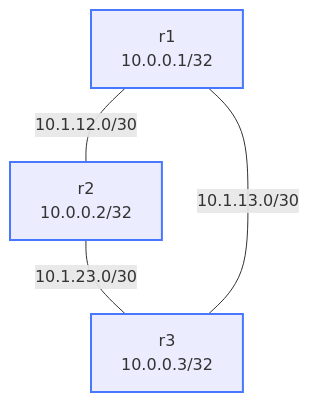
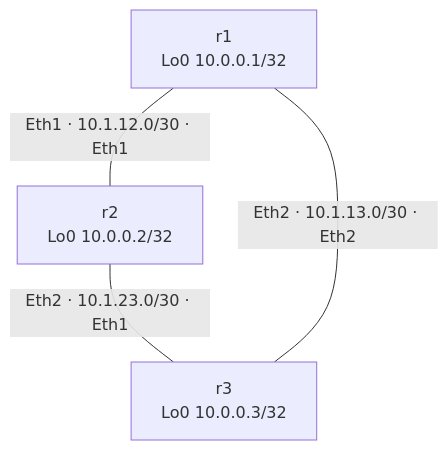
The diagram in labs/bfd-ospf/README.md (jschless/networkingLabs), drawn with Mermaid before and after one commit. The commit also changed other lines of this file and 281 other files, not shown here.

````diff
--- a/labs/bfd-ospf/README.md
+++ b/labs/bfd-ospf/README.md
@@ -20,13 +17,10 @@
 ```mermaid
 flowchart TB
-    r1["r1<br/>10.0.0.1/32"]
-    r2["r2<br/>10.0.0.2/32"]
-    r3["r3<br/>10.0.0.3/32"]
+    r1["r1<br/>Lo0 10.0.0.1/32"]
+    r2["r2<br/>Lo0 10.0.0.2/32"]
+    r3["r3<br/>Lo0 10.0.0.3/32"]
 
-    r1 -- "10.1.12.0/30" --- r2
-    r2 -- "10.1.23.0/30" --- r3
-    r1 -- "10.1.13.0/30" --- r3
-
-    classDef router stroke:#4778ff,stroke-width:2px
-    class r1,r2,r3 router
+    r1 ---|"Eth1 · 10.1.12.0/30 · Eth1"| r2
+    r2 ---|"Eth2 · 10.1.23.0/30 · Eth1"| r3
+    r1 ---|"Eth2 · 10.1.13.0/30 · Eth2"| r3
 ```
````
